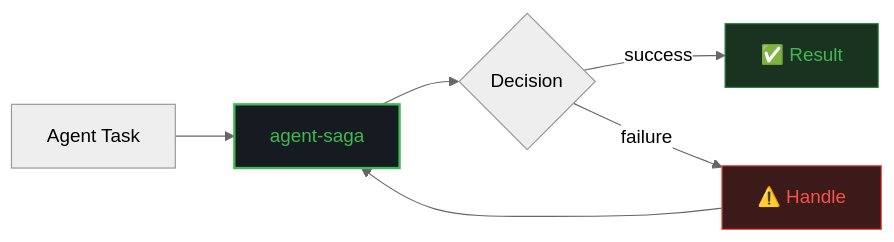
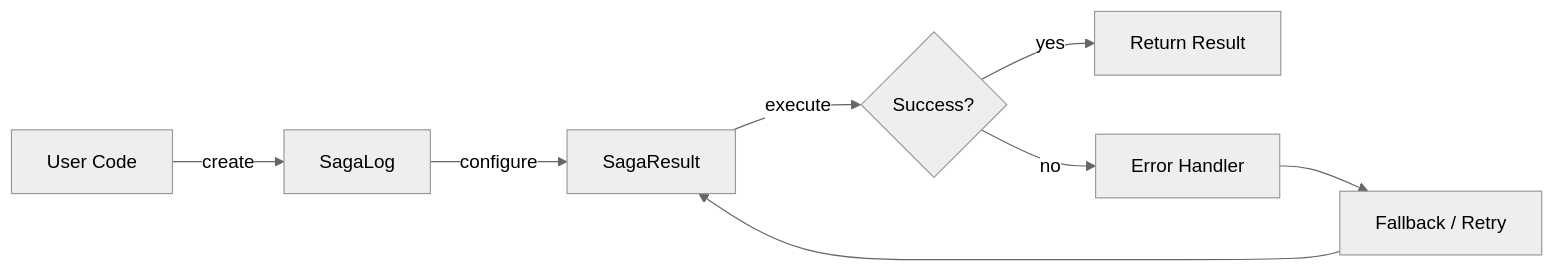
The first of 2 diagrams in README.md (darshjme/agent-saga), drawn with Mermaid (neutral theme) before and after one commit. The commit also changed other lines of this file and 1 other file, not shown here.

````diff
--- a/README.md
+++ b/README.md
@@ -59,12 +77,10 @@
 ```mermaid
 flowchart LR
-    A[Agent Task] --> B[agent-saga]
-    B --> C{Decision}
-    C -->|success| D[✅ Result]
-    C -->|failure| E[⚠️ Handle]
-    E --> B
-
-    style B fill:#161b22,stroke:#3fb950,stroke-width:2,color:#3fb950
-    style D fill:#1a3320,stroke:#238636,color:#3fb950
-    style E fill:#3d1a1a,stroke:#f85149,color:#f85149
+    A[User Code] -->|create| B[SagaLog]
+    B -->|configure| C[SagaResult]
+    C -->|execute| D{Success?}
+    D -->|yes| E[Return Result]
+    D -->|no| F[Error Handler]
+    F --> G[Fallback / Retry]
+    G --> C
 ```
````
